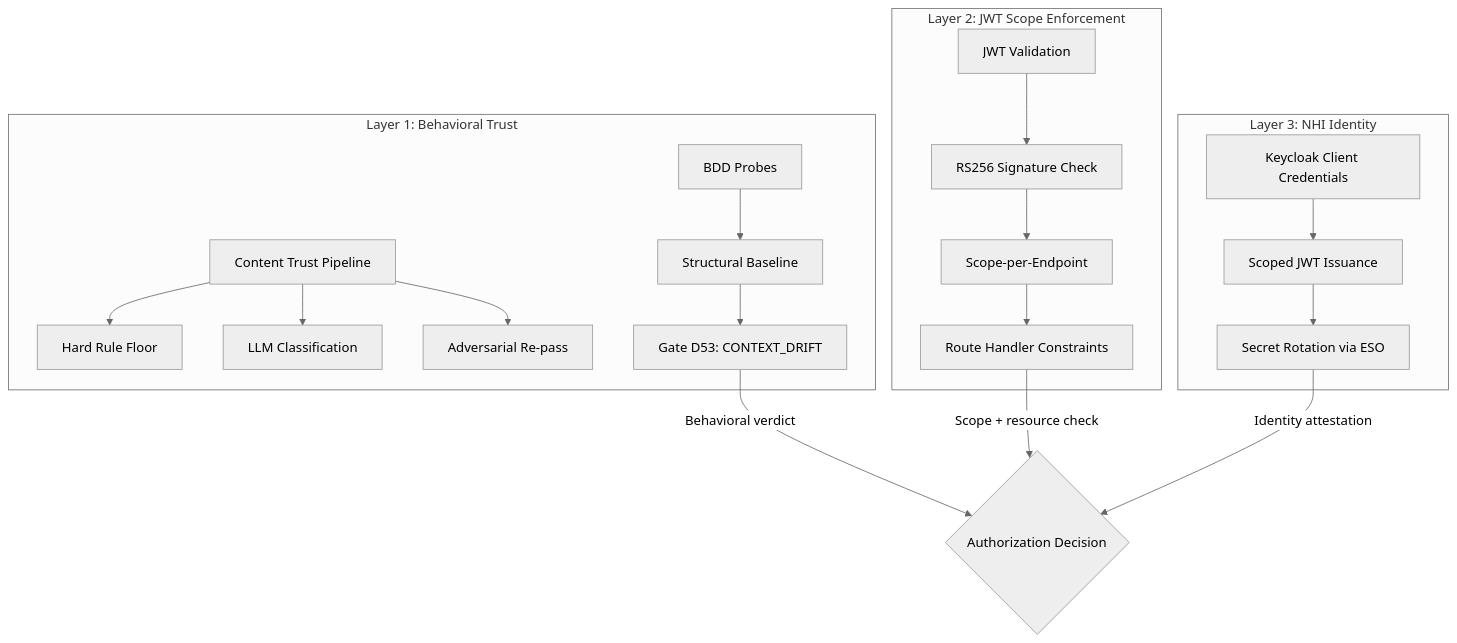
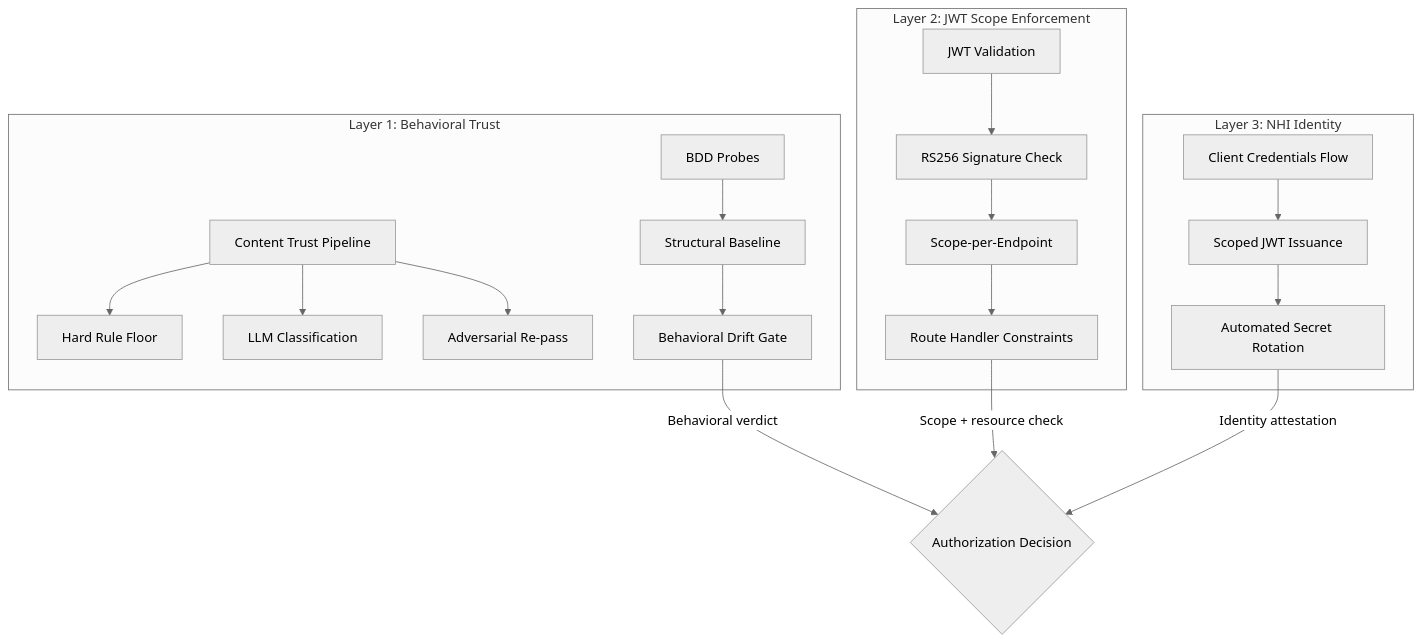
The first of 4 diagrams in src/content/research/dira-framework.mdx (CyberdaemonAI/cyberdaemon-site), drawn with Mermaid (neutral theme) before and after one commit. The commit also changed other lines of this file and 2 other files, not shown here.

Commit message:
scrub: all research articles -- remove Prometheus internals, Keycloak, daemon-* names

````diff
--- a/src/content/research/dira-framework.mdx
+++ b/src/content/research/dira-framework.mdx
@@ -187,25 +186,25 @@
 ```mermaid
 graph TB
     subgraph "Layer 1: Behavioral Trust"
         A[Content Trust Pipeline] --> B[Hard Rule Floor]
         A --> C[LLM Classification]
         A --> D[Adversarial Re-pass]
         E[BDD Probes] --> F[Structural Baseline]
-        F --> G[Gate D53: CONTEXT_DRIFT]
+        F --> G[Behavioral Drift Gate]
     end
 
     subgraph "Layer 2: JWT Scope Enforcement"
         H[JWT Validation] --> I[RS256 Signature Check]
         I --> J[Scope-per-Endpoint]
         J --> K[Route Handler Constraints]
     end
 
     subgraph "Layer 3: NHI Identity"
-        L[Keycloak Client Credentials] --> M[Scoped JWT Issuance]
-        M --> N[Secret Rotation via ESO]
+        L[Client Credentials Flow] --> M[Scoped JWT Issuance]
+        M --> N[Automated Secret Rotation]
     end
 
     G --> |"Behavioral verdict"| O{Authorization Decision}
     K --> |"Scope + resource check"| O
     N --> |"Identity attestation"| O
 ```
````
